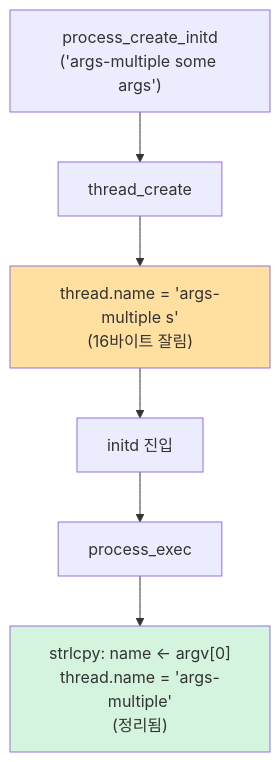
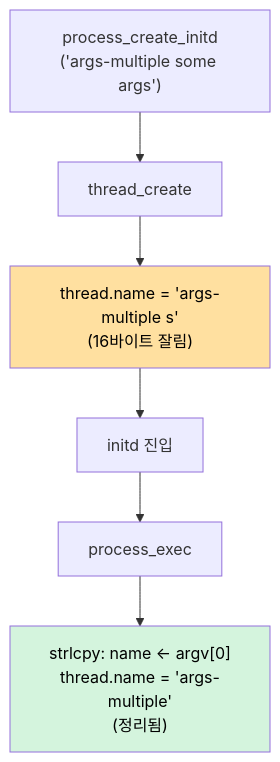
The third of 7 diagrams in TIL/project3_vm_userprog_regression_til.md (JYPark-Code/SW-AI-W1112-Pintos), drawn with Mermaid before and after one commit. The commit also changed other lines of this file, not shown here.

First line of the commit message:
docs(TIL): mermaid 박스의 글씨 색을 검은색으로 고정

````diff
--- a/TIL/project3_vm_userprog_regression_til.md
+++ b/TIL/project3_vm_userprog_regression_til.md
@@ -226,10 +226,10 @@
 ```mermaid
 flowchart TB
     A["process_create_initd<br/>('args-multiple some args')"] --> B[thread_create]
     B --> C["thread.name = 'args-multiple s'<br/>(16바이트 잘림)"]
     C --> D[initd 진입]
     D --> E[process_exec]
     E --> F["strlcpy: name ← argv[0]<br/>thread.name = 'args-multiple'<br/>(정리됨)"]
-    style C fill:#ffe0a0
-    style F fill:#d4f4dd
+    style C fill:#ffe0a0,color:#000
+    style F fill:#d4f4dd,color:#000
 ```
````
